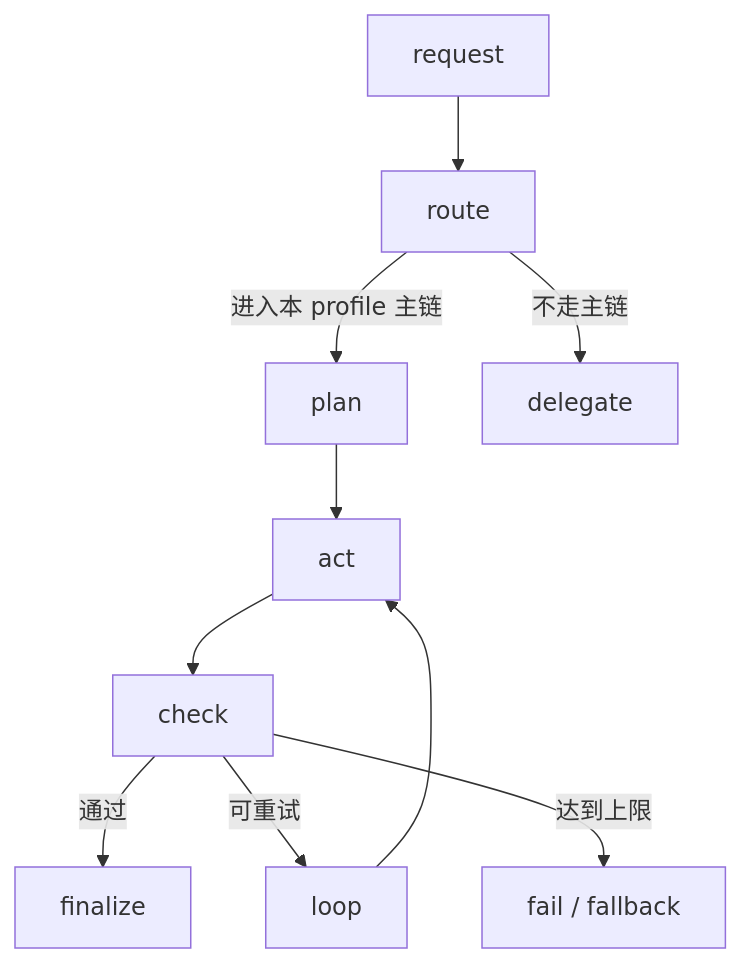
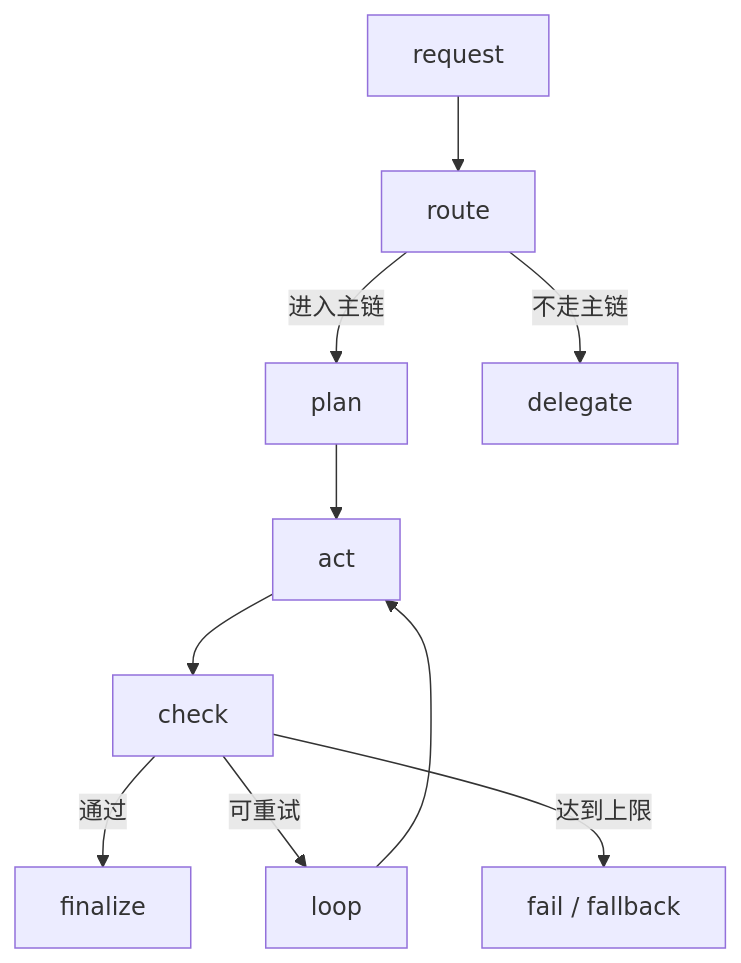
The second of 7 diagrams in docs/AGENT_TECHNICAL_DOCUMENTATION.md (lr12338/hifleet-agent), drawn with Mermaid before and after one commit. The commit also changed other lines of this file and 35 other files, not shown here.

````diff
--- a/docs/AGENT_TECHNICAL_DOCUMENTATION.md
+++ b/docs/AGENT_TECHNICAL_DOCUMENTATION.md
@@ -41,12 +47,12 @@
 ```mermaid
 flowchart TD
     Start[request] --> Route[route]
-    Route -->|进入本 profile 主链| Plan[plan]
+    Route -->|进入主链| Plan[plan]
     Route -->|不走主链| Delegate[delegate]
     Plan --> Act[act]
     Act --> Check[check]
     Check -->|通过| Finalize[finalize]
     Check -->|可重试| Loop[loop]
     Check -->|达到上限| Fail[fail / fallback]
     Loop --> Act
 ```
````
